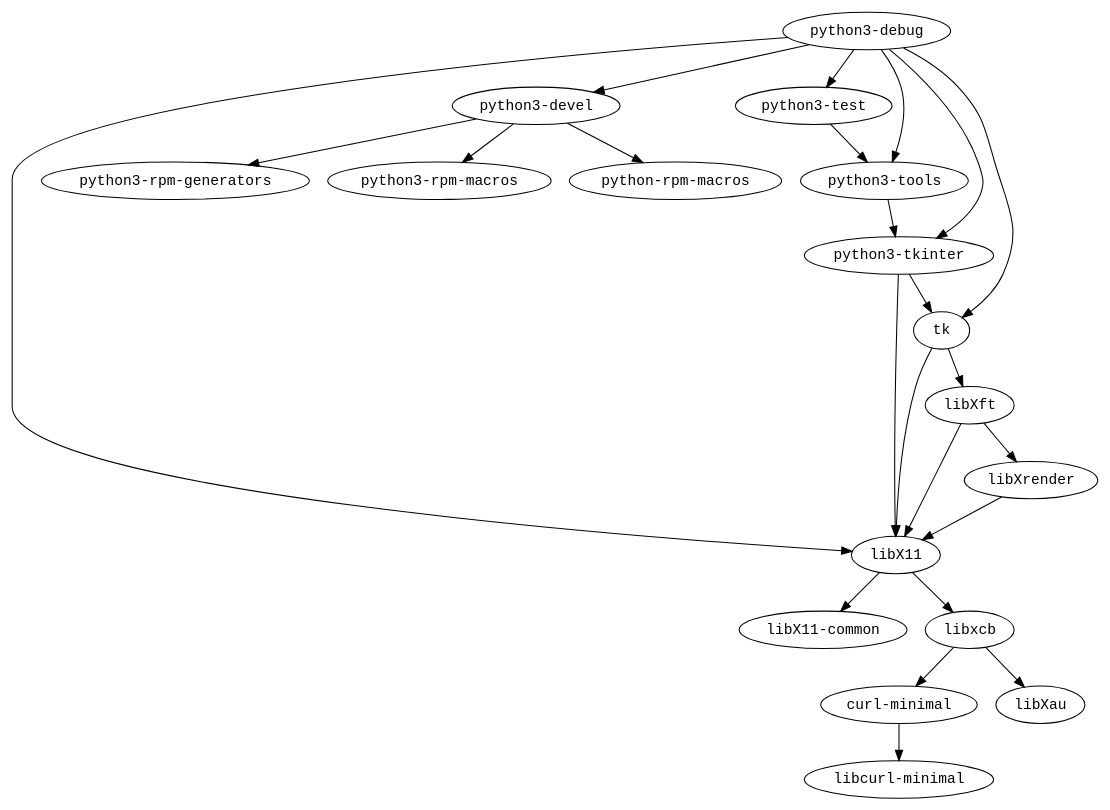
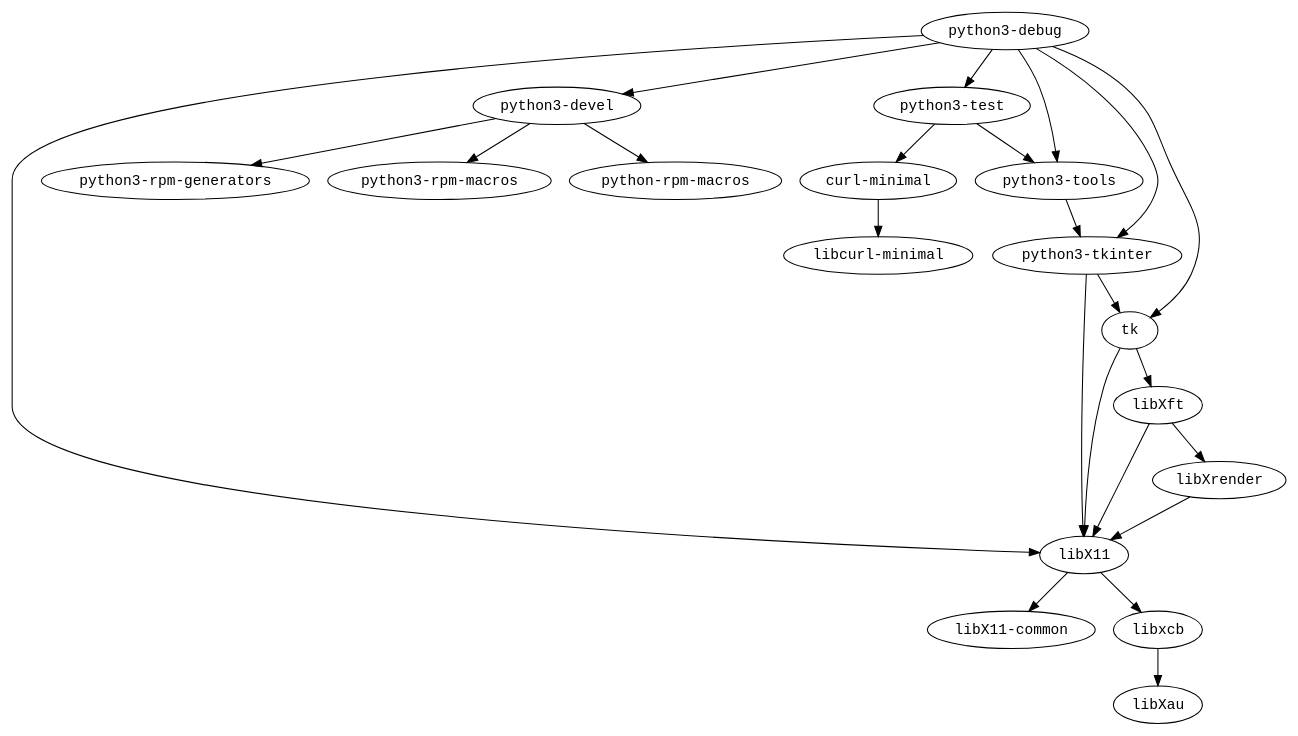
Before and after one commit to fedora-modularity/dependency-report: the diagram in modules/python3/s390x/graph.dot, drawn with Graphviz. The commit also changed 358 other files, not shown here.

```diff
--- a/modules/python3/s390x/graph.dot
+++ b/modules/python3/s390x/graph.dot
@@ -1,26 +1,26 @@
 strict digraph G {
 node [fontname=monospace];
   "curl-minimal" -> "libcurl-minimal";
   "libX11" -> "libX11-common";
   "libX11" -> "libxcb";
-  "libxcb" -> "curl-minimal";
   "libxcb" -> "libXau";
   "libXft" -> "libX11";
   "libXft" -> "libXrender";
   "libXrender" -> "libX11";
   "python3-debug" -> "libX11";
   "python3-debug" -> "python3-devel";
   "python3-debug" -> "python3-test";
   "python3-debug" -> "python3-tkinter";
   "python3-debug" -> "python3-tools";
   "python3-debug" -> "tk";
   "python3-devel" -> "python3-rpm-generators";
   "python3-devel" -> "python3-rpm-macros";
   "python3-devel" -> "python-rpm-macros";
+  "python3-test" -> "curl-minimal";
   "python3-test" -> "python3-tools";
   "python3-tkinter" -> "libX11";
   "python3-tkinter" -> "tk";
   "python3-tools" -> "python3-tkinter";
   "tk" -> "libX11";
   "tk" -> "libXft";
 }
```
